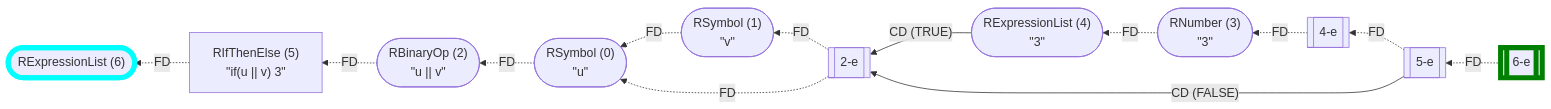
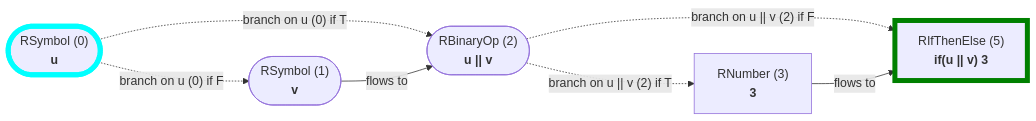
Before and after one commit to flowr-analysis/flowr: the third of 22 diagrams in wiki/Control Flow Graph.md, drawn with Mermaid. The commit also changed other lines of this file and 141 other files, not shown here.

````diff
--- a/wiki/Control Flow Graph.md
+++ b/wiki/Control Flow Graph.md
@@ -173,33 +151,20 @@
 ```mermaid
-flowchart RL
-    n6(["`RExpressionList (6)`"])
+flowchart LR
+    n0(["`RSymbol (0)
+**u**`"])
+    n1(["`RSymbol (1)
+**v**`"])
+    n2(["`RBinaryOp (2)
+**u || v**`"])
+    n3["`RNumber (3)
+**3**`"]
     n5["`RIfThenElse (5)
-#34;if(u || v) 3#34;`"]
-    n5-e[[5-e]]
-    n0(["`RSymbol (0)
-#34;u#34;`"])
-    n1(["`RSymbol (1)
-#34;v#34;`"])
-    n2(["`RBinaryOp (2)
-#34;u || v#34;`"])
-    n2-e[[2-e]]
-    n4(["`RExpressionList (4)
-#34;3#34;`"])
-    n3(["`RNumber (3)
-#34;3#34;`"])
-    n4-e[[4-e]]
-    n6-e[[6-e]]
-    n5 -.->|"FD"| n6
-    n1 -.->|"FD"| n0
-    n0 -.->|"FD"| n2
-    n2-e -.->|"FD"| n1
-    n2-e -.->|"FD"| n0
-    n3 -.->|"FD"| n4
-    n4-e -.->|"FD"| n3
-    n4 -->|"CD (TRUE)"| n2-e
-    n2 -.->|"FD"| n5
-    n5-e -.->|"FD"| n4-e
-    n5-e -->|"CD (FALSE)"| n2-e
-    n6-e -.->|"FD"| n5-e
-    style n6 stroke:cyan,stroke-width:6.5px;    style n6-e stroke:green,stroke-width:6.5px;
+**if(u || v) 3**`"]
+    n2 -.->|"branch on u || v (2) if T"| n3
+    n2 -.->|"branch on u || v (2) if F"| n5
+    n0 -.->|"branch on u (0) if F"| n1
+    n0 -.->|"branch on u (0) if T"| n2
+    n1 -->|"flows to"| n2
+    n3 -->|"flows to"| n5
+    style n0 stroke:cyan,stroke-width:6.5px;    style n5 stroke:green,stroke-width:6.5px;
 ```
````
